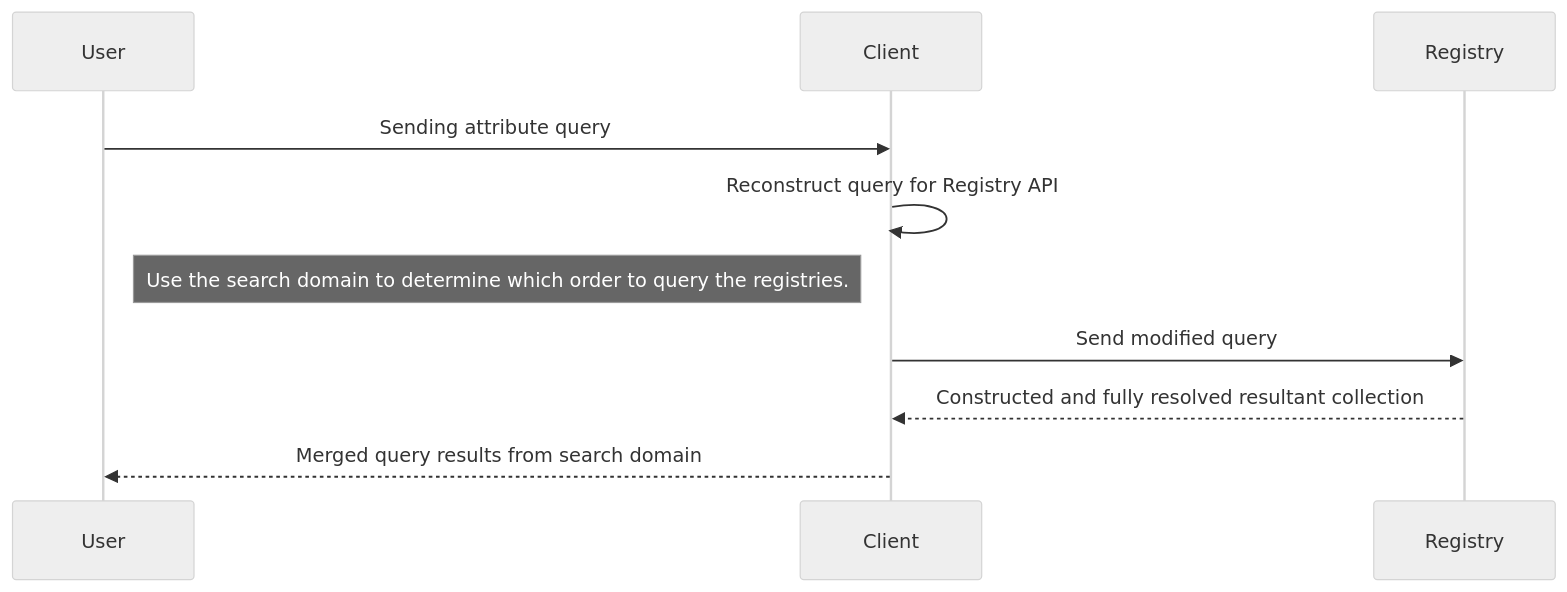
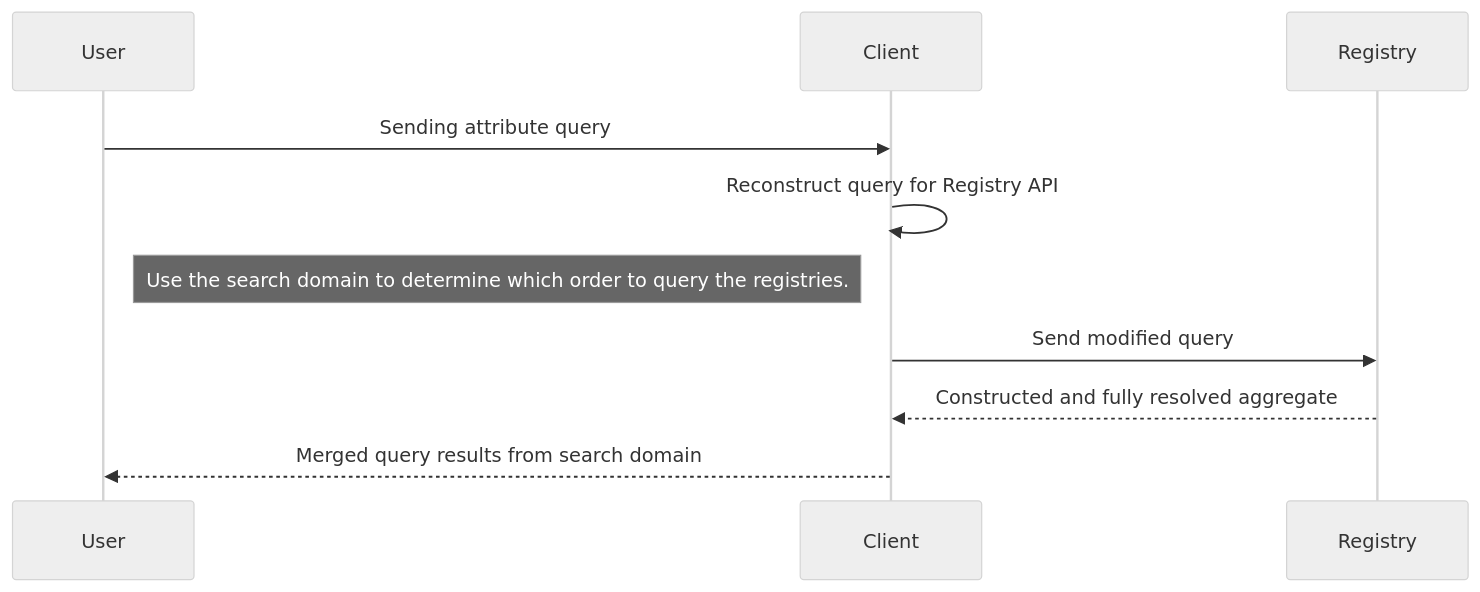
Before and after one commit to emporous/community: the seventh of 9 diagrams in docs/design.md, drawn with Mermaid (neutral theme). The commit also changed other lines of this file, not shown here.

````diff
--- a/docs/design.md
+++ b/docs/design.md
@@ -441,12 +362,12 @@
 ```mermaid
 sequenceDiagram;
 participant User
 participant Client
 participant Registry
 User->>Client: Sending attribute query
 Client->>Client: Reconstruct query for Registry API
 Note left of Client: Use the search domain to determine which order to query the registries.
 Client->>Registry: Send modified query
-Registry-->>Client: Constructed and fully resolved resultant collection
+Registry-->>Client: Constructed and fully resolved aggregate
 Client-->>User: Merged query results from search domain
 ```
````
